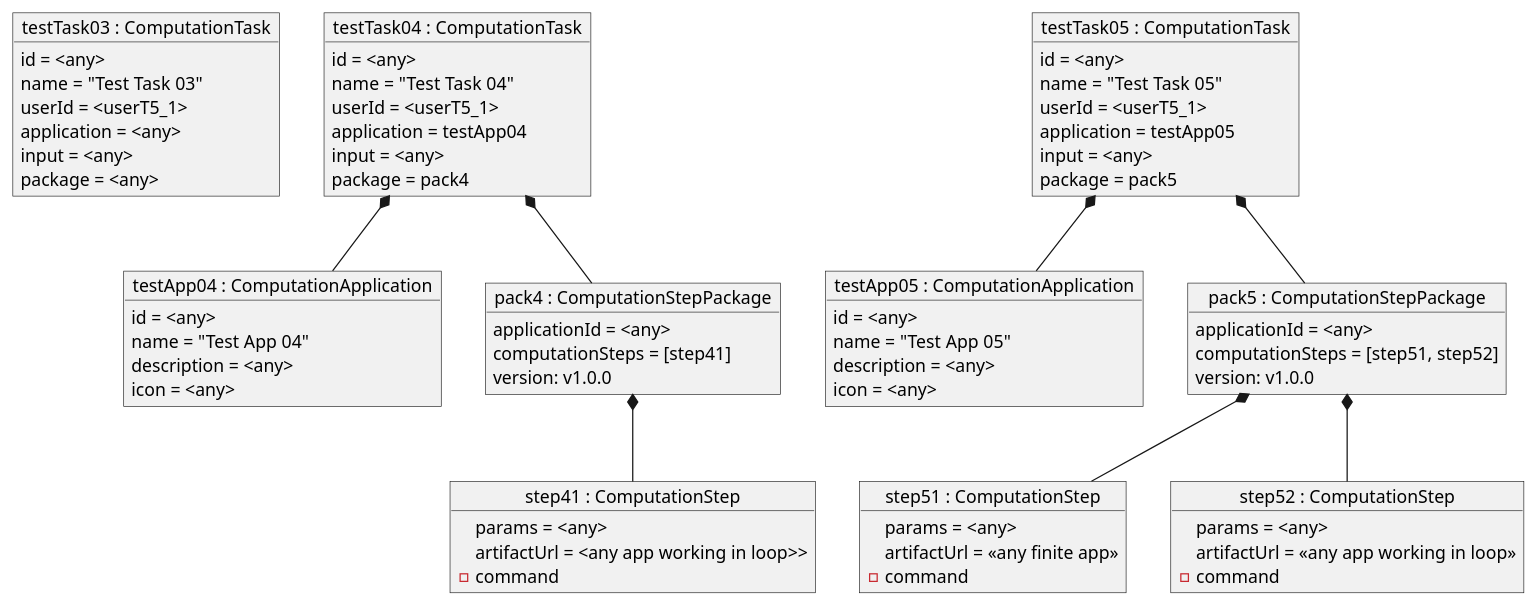
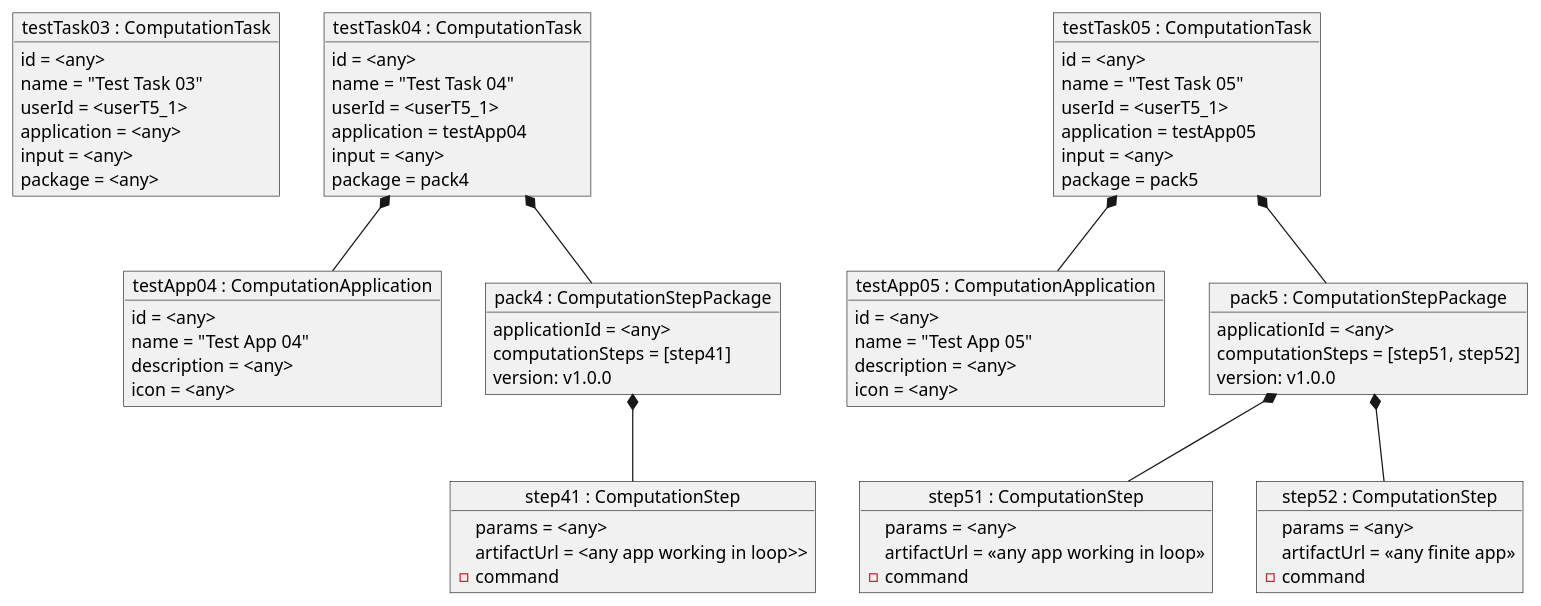
Before and after one commit to Plan-B-PO/docs: the diagram in test_scenarios/data/T5_in.puml, drawn with PlantUML. The commit also changed other lines of this file and 1 other file, not shown here.

```diff
--- a/test_scenarios/data/T5_in.puml
+++ b/test_scenarios/data/T5_in.puml
@@ -1,84 +1,84 @@
 @startuml
 
 object "testTask03 : ComputationTask" as testTask03 {
     id = <any>
     name = "Test Task 03"
     userId = <userT5_1>
     application = <any>
     input = <any>
     package = <any>
 }
 
 object "testTask04 : ComputationTask" as testTask04 {
     id = <any>
     name = "Test Task 04"
     userId = <userT5_1>
     application = testApp04
     input = <any>
     package = pack4
 }
 
 object "testTask05 : ComputationTask" as testTask05 {
     id = <any>
     name = "Test Task 05"
     userId = <userT5_1>
     application = testApp05
     input = <any>
     package = pack5
 }
 
 object "testApp04 : ComputationApplication" as testApp04 {
     id = <any>
     name = "Test App 04"
     description = <any>
     icon = <any>
 }
 
 object "pack4 : ComputationStepPackage" as pack4 {
     applicationId = <any>
     computationSteps = [step41]
     version: v1.0.0
 }
 
 testTask04 *-- pack4
 testTask04 *-- testApp04
 
 object "step41 : ComputationStep" as step41 {
     params = <any>
     artifactUrl = <any app working in loop>>
     - command
 }
 
 object "testApp05 : ComputationApplication" as testApp05 {
     id = <any>
     name = "Test App 05"
     description = <any>
     icon = <any>
 }
 
 object "pack5 : ComputationStepPackage" as pack5 {
     applicationId = <any>
     computationSteps = [step51, step52]
     version: v1.0.0
 }
 
 object "step51 : ComputationStep" as step51 {
     params = <any>
-    artifactUrl = <<any finite app>>
+    artifactUrl = <<any app working in loop>>
     - command
 }
 
 object "step52 : ComputationStep" as step52 {
     params = <any>
-    artifactUrl = <<any app working in loop>>
+    artifactUrl = <<any finite app>>
     - command
 }
 
 pack4 *-- step41
 testTask05 *-- pack5
 testTask05 *-- testApp05
 
 pack5 *-- step51
 pack5 *-- step52
 
 @enduml
```
